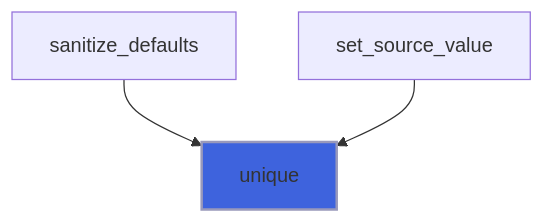
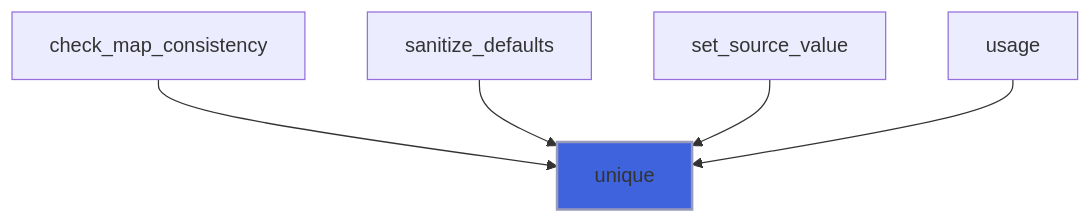
One commit to szaghi/FLAP changed diagram 13 of 16 in docs/api/src/lib/flap_utils_m.md. Above: the diagram before and after it, drawn with Mermaid. The commit also changed other lines of this file and 16 other files, not shown here.

````diff
--- a/docs/api/src/lib/flap_utils_m.md
+++ b/docs/api/src/lib/flap_utils_m.md
@@ -472,6 +478,8 @@
 ```mermaid
 flowchart TD
+  check_map_consistency["check_map_consistency"] --> unique["unique"]
   sanitize_defaults["sanitize_defaults"] --> unique["unique"]
   set_source_value["set_source_value"] --> unique["unique"]
+  usage["usage"] --> unique["unique"]
   style unique fill:#3e63dd,stroke:#99b,stroke-width:2px
 ```
````
